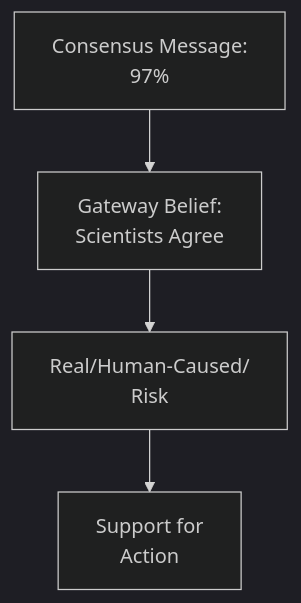
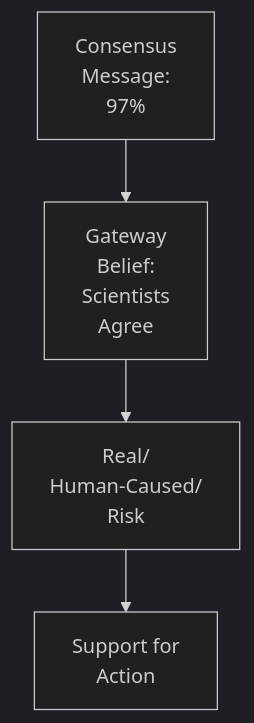
One commit to GM024/CourseSummaries changed the sixth of 7 diagrams in Communication_Influence/Mastery_Guide_SOW_BS033.md. Above: the diagram before and after it, drawn with Mermaid (dark theme). The commit also changed other lines of this file, not shown here.

Commit message:
Apply aggressive vertical wrapping to all Mermaid diagrams

````diff
--- a/Communication_Influence/Mastery_Guide_SOW_BS033.md
+++ b/Communication_Influence/Mastery_Guide_SOW_BS033.md
@@ -177,6 +177,6 @@
 ```mermaid
 graph TD
-    Consensus[Consensus Message:<br/>97%] --> Gateway[Gateway Belief:<br/>Scientists Agree]
-    Gateway --> KeyBeliefs[Real/Human-Caused/<br/>Risk]
+    Consensus[Consensus<br/>Message:<br/>97%] --> Gateway[Gateway<br/>Belief:<br/>Scientists<br/>Agree]
+    Gateway --> KeyBeliefs[Real/<br/>Human-Caused/<br/>Risk]
     KeyBeliefs --> PolicySupport[Support for<br/>Action]
 ```
````
